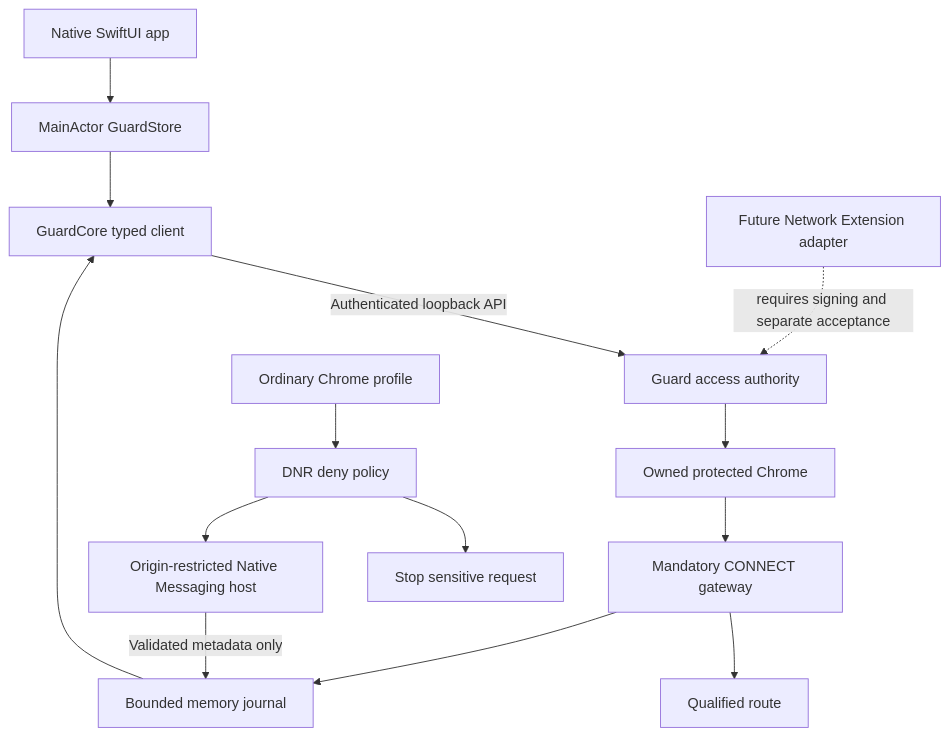
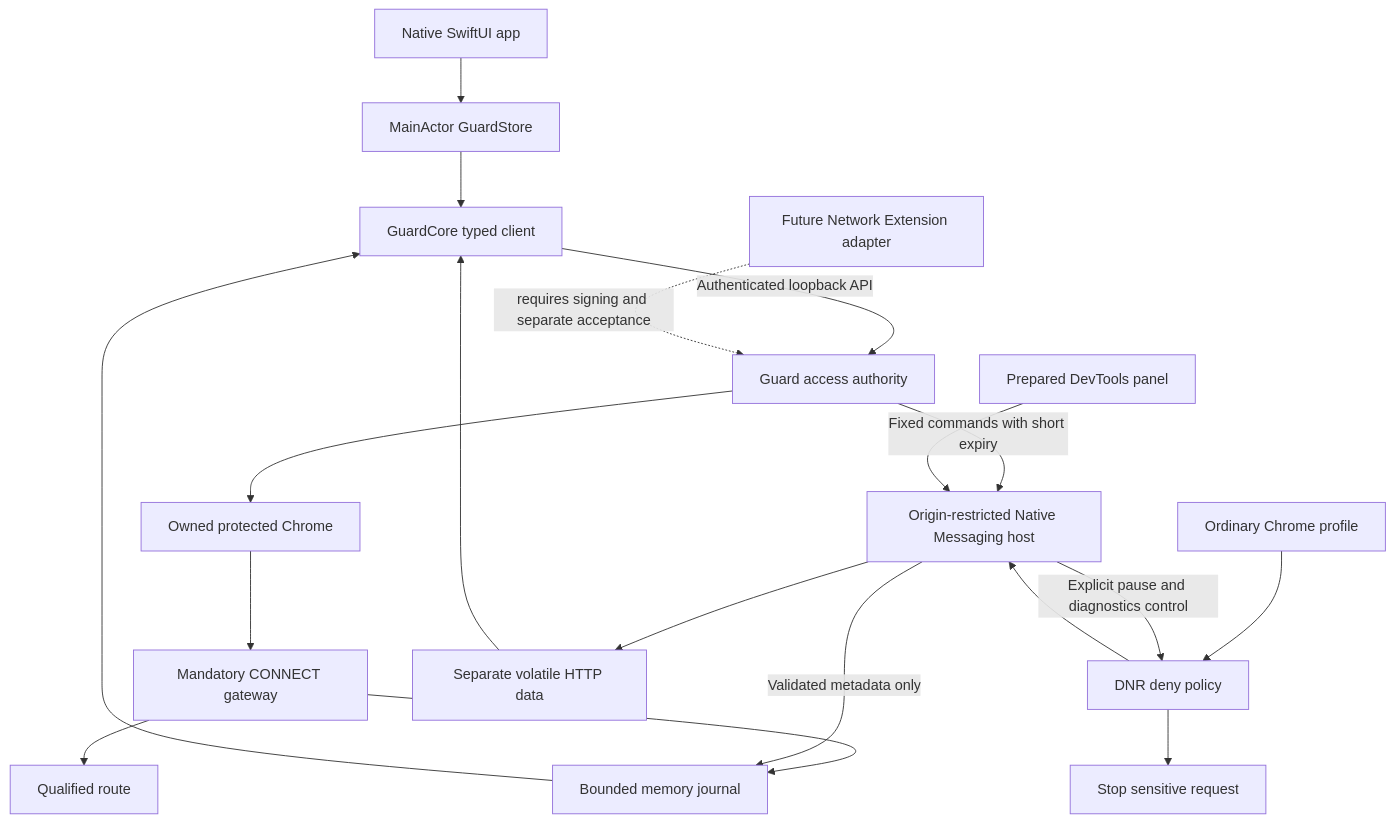
The first of 2 diagrams in modules/mac-privacy-guard/docs/native-architecture.md (eiler2005/ghostroute), drawn with Mermaid before and after one commit. The commit also changed other lines of this file and 56 other files, not shown here.

````diff
--- a/modules/mac-privacy-guard/docs/native-architecture.md
+++ b/modules/mac-privacy-guard/docs/native-architecture.md
@@ -48,16 +50,21 @@
 ```mermaid
 flowchart TB
     ui[Native SwiftUI app] --> store[MainActor GuardStore]
     store --> client[GuardCore typed client]
     client -->|Authenticated loopback API| engine[Guard access authority]
     engine --> browser[Owned protected Chrome]
     browser --> gate[Mandatory CONNECT gateway]
     gate --> qualified[Qualified route]
     gate --> journal[Bounded memory journal]
     ordinary[Ordinary Chrome profile] --> policy[DNR deny policy]
     policy --> deny[Stop sensitive request]
     policy --> bridge[Origin-restricted Native Messaging host]
     bridge -->|Validated metadata only| journal
+    engine -->|Fixed commands with short expiry| bridge
+    bridge -->|Explicit pause and diagnostics control| policy
+    devtools[Prepared DevTools panel] --> bridge
+    bridge --> preview[Separate volatile HTTP data]
+    preview --> client
     journal --> client
     future[Future Network Extension adapter] -. requires signing and separate acceptance .-> engine
 ```
````
